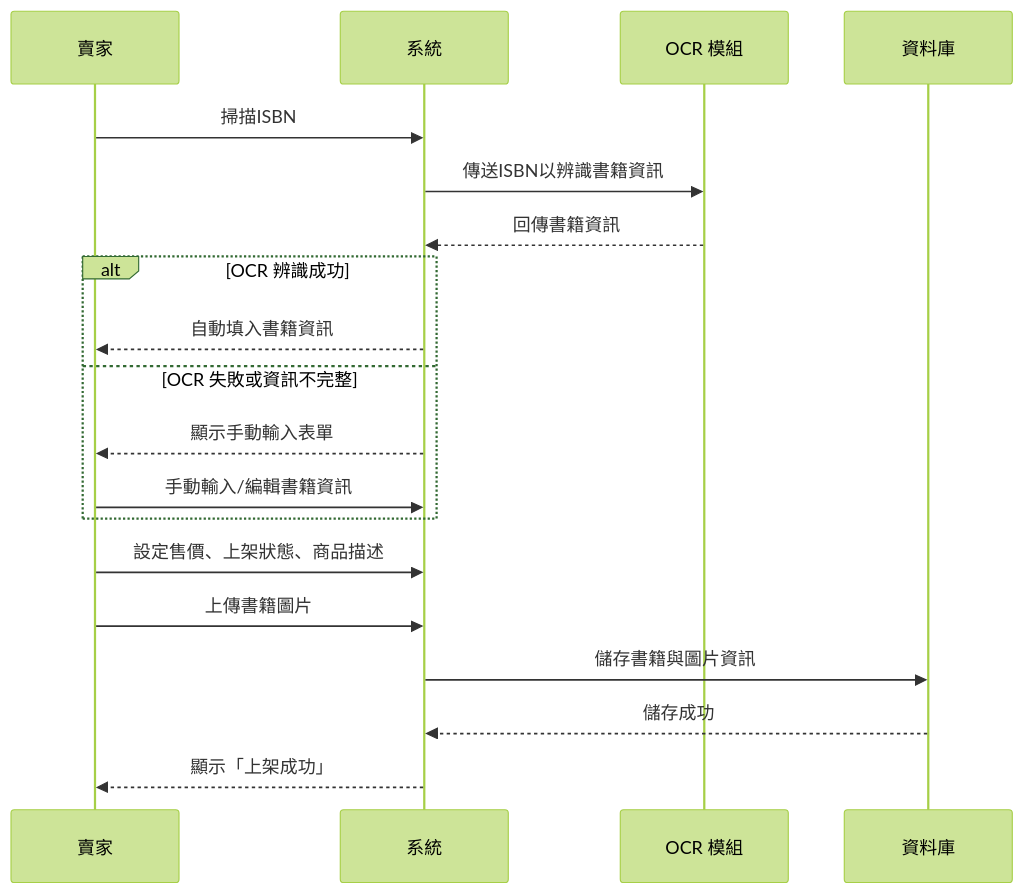
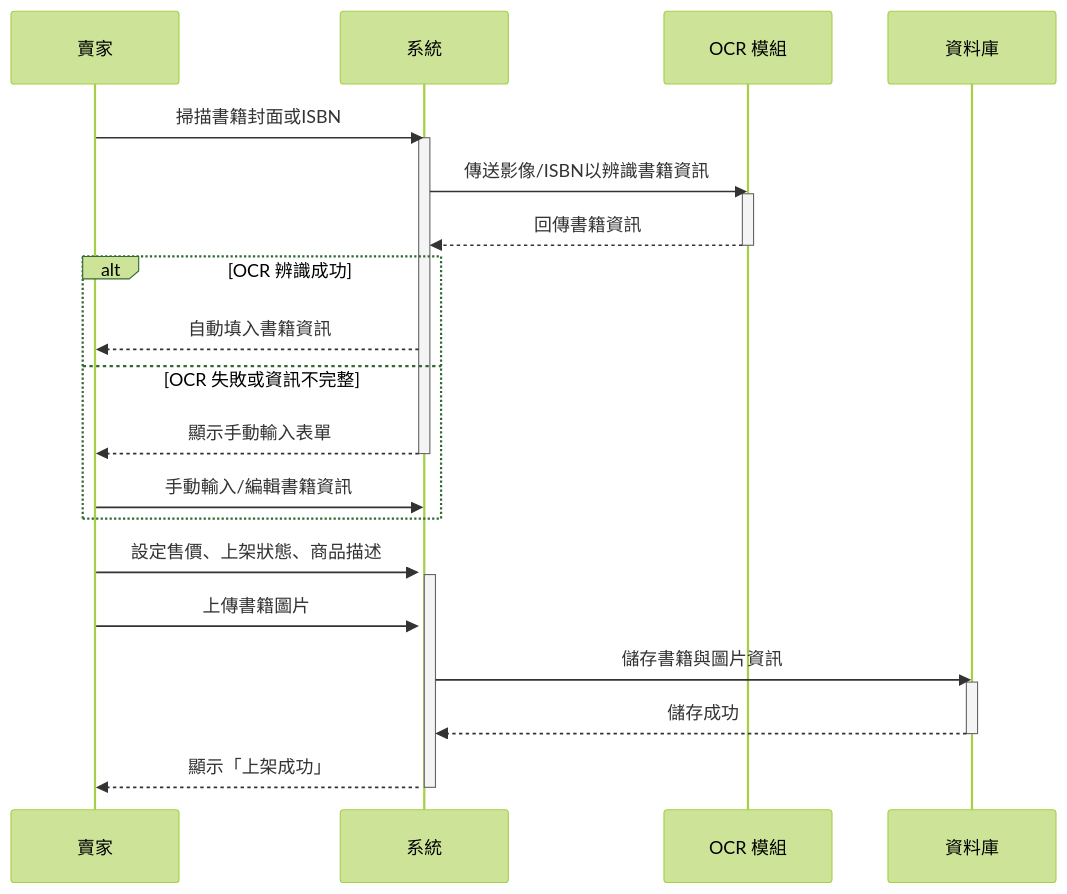
Before and after one commit to TEAM14-0633/team14_introduce: the third of 4 diagrams in hw5.md, drawn with Mermaid (forest theme). The commit also changed other lines of this file, not shown here.

Commit message:
Update activity diagrams for book management system

````diff
--- a/hw5.md
+++ b/hw5.md
@@ -142,22 +142,34 @@
 ```mermaid
 sequenceDiagram
     participant Seller as 賣家
     participant System as 系統
     participant OCR as OCR 模組
     participant DB as 資料庫
 
-    Seller->>System: 掃描ISBN
-    System->>OCR: 傳送ISBN以辨識書籍資訊
+    Seller->>System: 掃描書籍封面或ISBN
+    activate System
+    System->>OCR: 傳送影像/ISBN以辨識書籍資訊
+    activate OCR
     OCR-->>System: 回傳書籍資訊
+    deactivate OCR
+
     alt OCR 辨識成功
         System-->>Seller: 自動填入書籍資訊
     else OCR 失敗或資訊不完整
         System-->>Seller: 顯示手動輸入表單
+        deactivate System
         Seller->>System: 手動輸入/編輯書籍資訊
+        activate System
     end
+
     Seller->>System: 設定售價、上架狀態、商品描述
+    activate System
     Seller->>System: 上傳書籍圖片
     System->>DB: 儲存書籍與圖片資訊
+    activate DB
     DB-->>System: 儲存成功
+    deactivate DB
+
     System-->>Seller: 顯示「上架成功」
+    deactivate System
 ```
````
